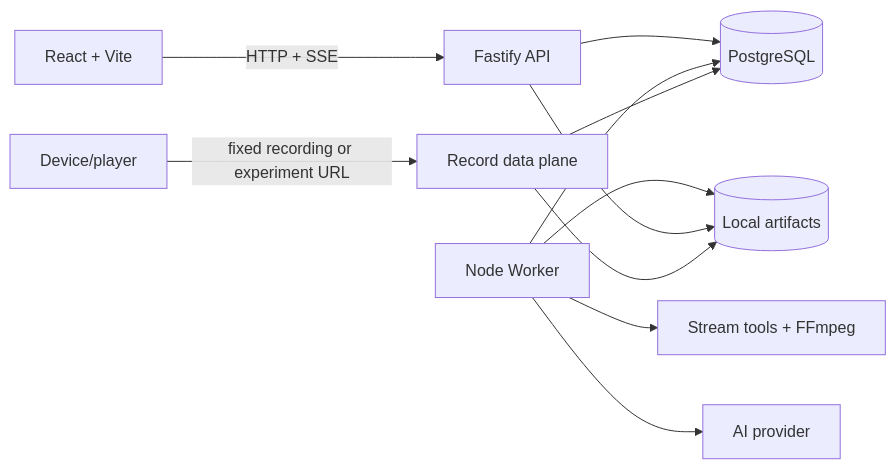
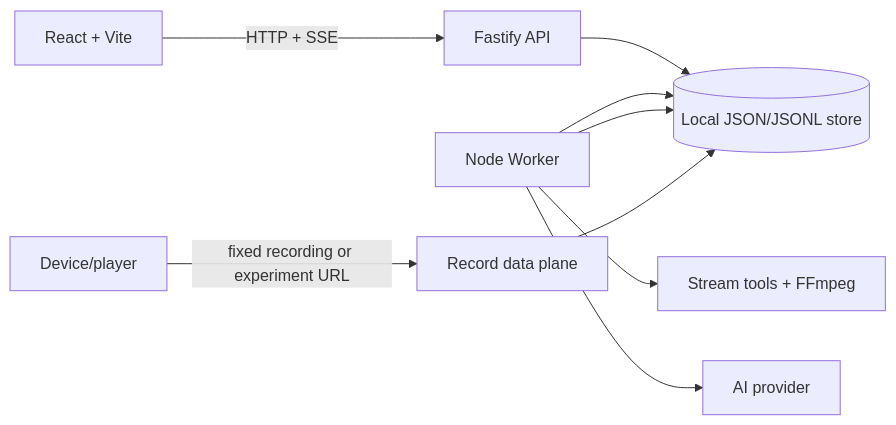
Before and after one commit to gugaio/videoharness: the first of 5 diagrams in docs/architecture/README.md, drawn with Mermaid. The commit also changed other lines of this file and 78 other files, not shown here.

First line of the commit message:
feat(storage): migrate persistence from PostgreSQL to local JSON/JSONL

````diff
--- a/docs/architecture/README.md
+++ b/docs/architecture/README.md
@@ -10,13 +10,11 @@
 ```mermaid
 flowchart LR
     Browser[React + Vite] -->|HTTP + SSE| API[Fastify API]
-    API --> DB[(PostgreSQL)]
-    Worker[Node Worker] --> DB
+    API --> FS[(Local JSON/JSONL store)]
+    Worker[Node Worker] --> FS
     Worker --> Tools[Stream tools + FFmpeg]
     Worker --> AI[AI provider]
-    Worker --> FS[(Local artifacts)]
-    API --> FS
+    Worker --> FS
     Device[Device/player] -->|fixed recording or experiment URL| Delivery[Record data plane]
     Delivery --> FS
-    Delivery --> DB
 ```
````
